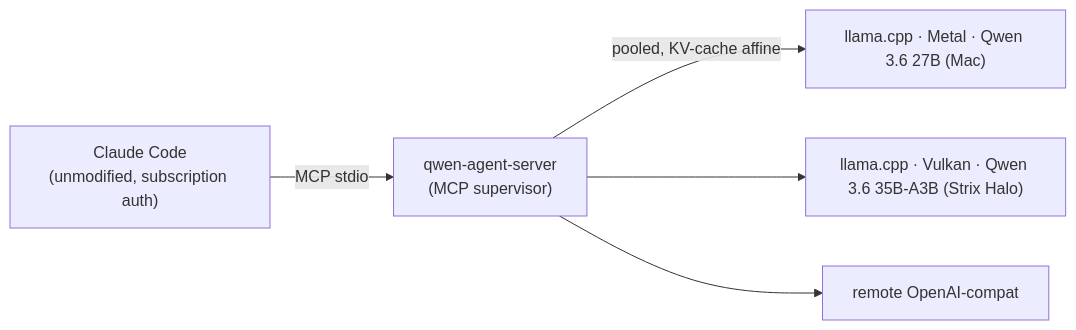
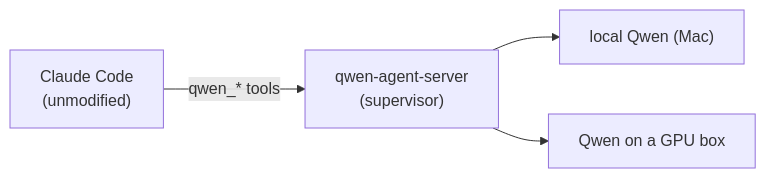
One commit to Hellblazer/qwen-coprocessor-stack changed the diagram in README.md. Above: the diagram before and after it, drawn with Mermaid. The commit also changed other lines of this file and 3 other files, not shown here.

````diff
--- a/README.md
+++ b/README.md
@@ -8,12 +18,10 @@
 ```mermaid
 flowchart LR
-  CC["Claude Code<br/>(unmodified, subscription auth)"]
-  SUP["qwen-agent-server<br/>(MCP supervisor)"]
-  B1["llama.cpp · Metal · Qwen 3.6 27B (Mac)"]
-  B2["llama.cpp · Vulkan · Qwen 3.6 35B-A3B (Strix Halo)"]
-  B3["remote OpenAI-compat"]
-  CC -->|"MCP stdio"| SUP
-  SUP -->|"pooled, KV-cache affine"| B1
+  CC["Claude Code<br/>(unmodified)"]
+  SUP["qwen-agent-server<br/>(supervisor)"]
+  B1["local Qwen (Mac)"]
+  B2["Qwen on a GPU box"]
+  CC -->|"qwen_* tools"| SUP
+  SUP --> B1
   SUP --> B2
-  SUP --> B3
 ```
````
